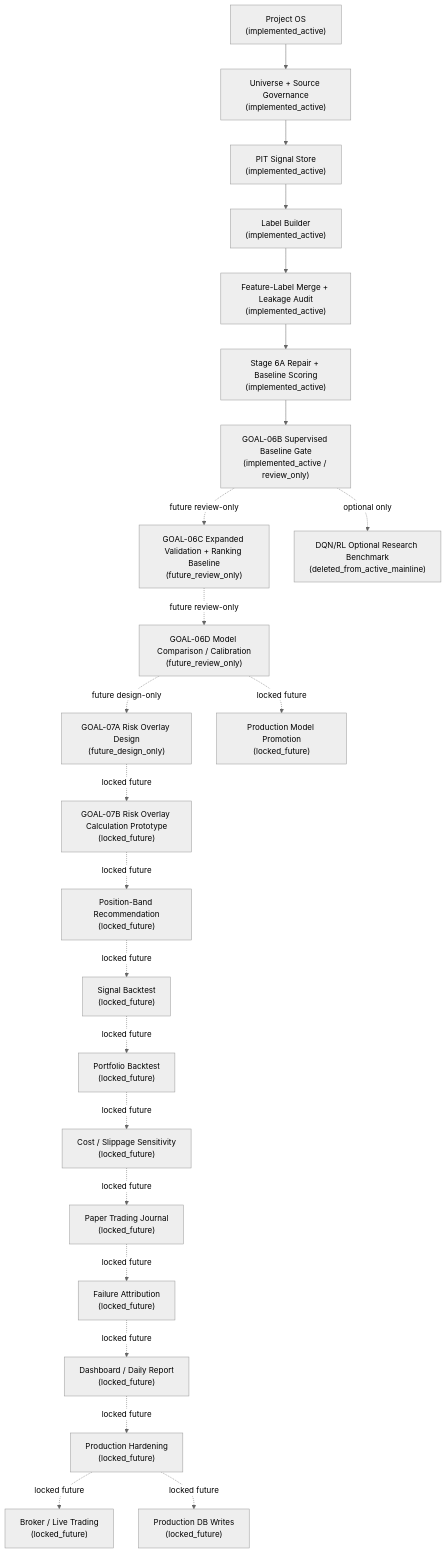
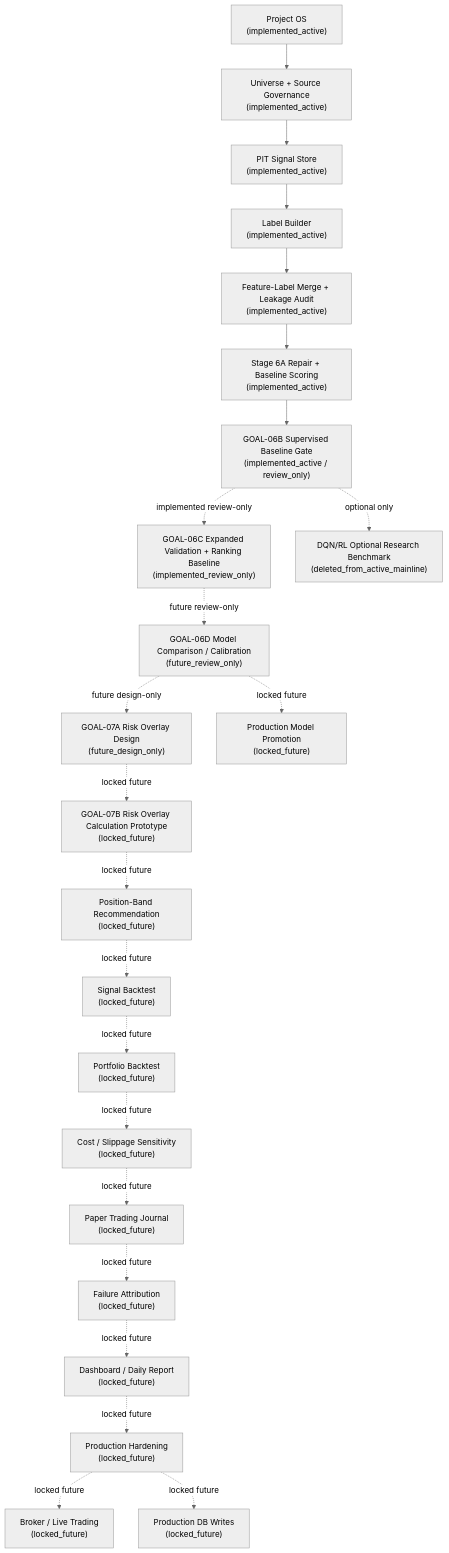
Before and after one commit to RyanLu0203/A_share_premarket_core: the diagram in docs/architecture/FULL_PROGRAM_ROADMAP_AFTER_CLEAN_BOOTSTRAP.md, drawn with Mermaid (neutral theme). The commit also changed other lines of this file and 65 other files, not shown here.

Commit message:
Add GOAL-06C review-only validation gate

````diff
--- a/docs/architecture/FULL_PROGRAM_ROADMAP_AFTER_CLEAN_BOOTSTRAP.md
+++ b/docs/architecture/FULL_PROGRAM_ROADMAP_AFTER_CLEAN_BOOTSTRAP.md
@@ -6,25 +6,25 @@
 ```mermaid
 flowchart TD
     A["Project OS<br/>(implemented_active)"] --> B["Universe + Source Governance<br/>(implemented_active)"]
     B --> C["PIT Signal Store<br/>(implemented_active)"]
     C --> D["Label Builder<br/>(implemented_active)"]
     D --> E["Feature-Label Merge + Leakage Audit<br/>(implemented_active)"]
     E --> F["Stage 6A Repair + Baseline Scoring<br/>(implemented_active)"]
     F --> G["GOAL-06B Supervised Baseline Gate<br/>(implemented_active / review_only)"]
-    G -. "future review-only" .-> H["GOAL-06C Expanded Validation + Ranking Baseline<br/>(future_review_only)"]
+    G -. "implemented review-only" .-> H["GOAL-06C Expanded Validation + Ranking Baseline<br/>(implemented_review_only)"]
     H -. "future review-only" .-> I["GOAL-06D Model Comparison / Calibration<br/>(future_review_only)"]
     I -. "future design-only" .-> J["GOAL-07A Risk Overlay Design<br/>(future_design_only)"]
     J -. "locked future" .-> K["GOAL-07B Risk Overlay Calculation Prototype<br/>(locked_future)"]
     K -. "locked future" .-> L["Position-Band Recommendation<br/>(locked_future)"]
     L -. "locked future" .-> M["Signal Backtest<br/>(locked_future)"]
     M -. "locked future" .-> N["Portfolio Backtest<br/>(locked_future)"]
     N -. "locked future" .-> O["Cost / Slippage Sensitivity<br/>(locked_future)"]
     O -. "locked future" .-> P["Paper Trading Journal<br/>(locked_future)"]
     P -. "locked future" .-> Q["Failure Attribution<br/>(locked_future)"]
     Q -. "locked future" .-> R["Dashboard / Daily Report<br/>(locked_future)"]
     R -. "locked future" .-> S["Production Hardening<br/>(locked_future)"]
     S -. "locked future" .-> T["Broker / Live Trading<br/>(locked_future)"]
     S -. "locked future" .-> U["Production DB Writes<br/>(locked_future)"]
     I -. "locked future" .-> W["Production Model Promotion<br/>(locked_future)"]
     G -. "optional only" .-> V["DQN/RL Optional Research Benchmark<br/>(deleted_from_active_mainline)"]
 ```
````
